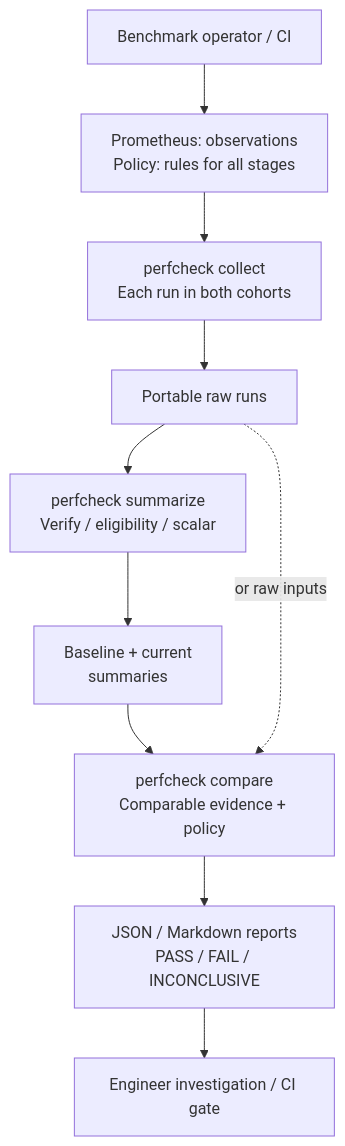
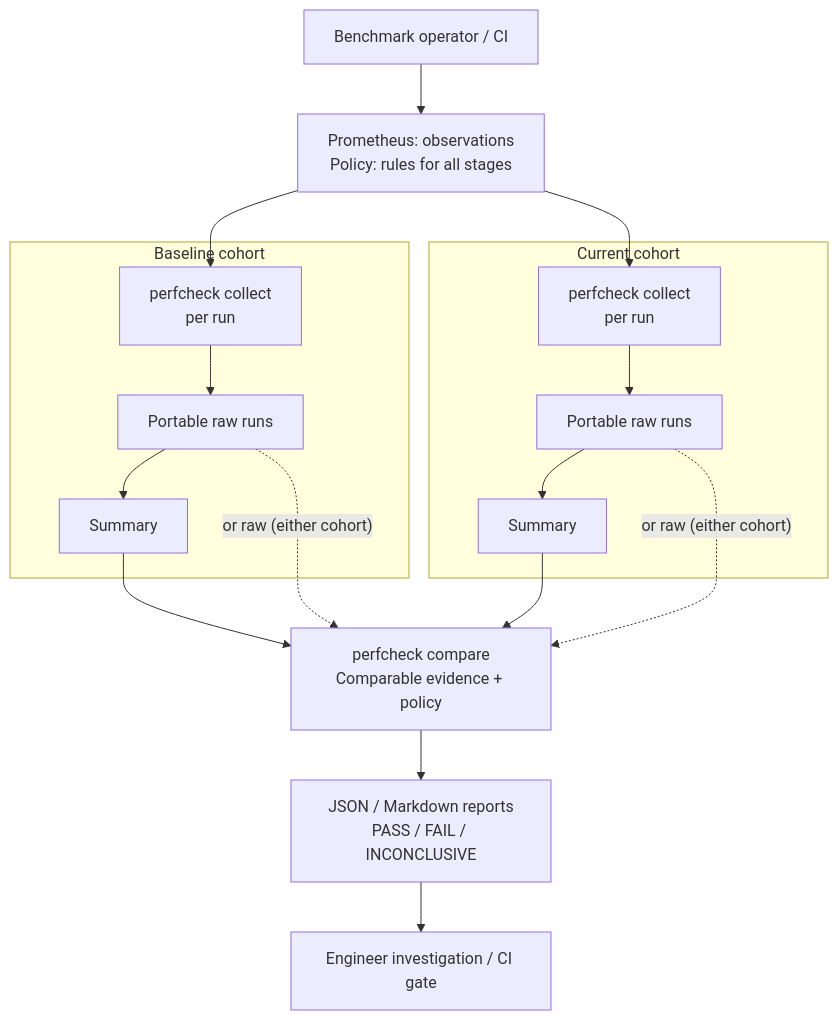
Before and after one commit to geoder101/perfcheck: the diagram in docs/index.rst, drawn with Mermaid. The commit also changed other lines of this file and 4 other files, not shown here.

```diff
--- a/docs/index.rst
+++ b/docs/index.rst
@@ -65,19 +65,31 @@
-   .. mermaid::
-      :alt: Evidence workflow: operator or CI, Prometheus and policy feed perfcheck stages for both cohorts; raw runs or summaries lead to verdict reports for an engineer or CI.
+    .. mermaid::
+       :alt: Evidence workflow: operator or CI feeds Prometheus observations and policy rules for every stage into two parallel cohort pipelines; collect writes raw runs and summarize verifies eligibility and selects per-run scalars, and compare merges the comparable baseline and current summaries into verdict reports, with either cohort's raw runs going directly to compare.
 
-      flowchart TD
-          accTitle: perfcheck evidence workflow
-          accDescr: A benchmark operator or CI starts collection. Prometheus supplies observations and policy configuration supplies rules for all stages. For both baseline and current cohorts, collect writes raw runs and summarize verifies eligibility and selects per-run scalars. Compare accepts summaries or raw runs, performing summarization for raw inputs, and produces JSON and Markdown verdict reports for an engineer or CI.
-          operator["Benchmark operator / CI"]
-          inputs["Prometheus: observations<br/>Policy: rules for all stages"]
-          collect["perfcheck collect<br/>Each run in both cohorts"]
-          raw["Portable raw runs"]
-          summarize["perfcheck summarize<br/>Verify / eligibility / scalar"]
-          summaries["Baseline + current<br/>summaries"]
-          compare["perfcheck compare<br/>Comparable evidence + policy"]
-          reports["JSON / Markdown reports<br/>PASS / FAIL / INCONCLUSIVE"]
-          human["Engineer investigation / CI gate"]
-          operator --> inputs --> collect --> raw
-          raw --> summarize --> summaries --> compare
-          raw -. "or raw inputs" .-> compare
-          compare --> reports --> human
+       flowchart TD
+           accTitle: perfcheck evidence workflow
+           accDescr: A benchmark operator or CI starts collection. Prometheus supplies observations and policy supplies rules for every stage. For both the baseline and current cohorts, collect writes a raw run and summarize verifies eligibility and selects the per-run scalar, producing two parallel summary streams. Compare merges the comparable baseline and current summaries under one policy, and also accepts either cohort's raw runs - performing summarization for those inputs - then produces JSON and Markdown verdict reports for an engineer or CI.
+           operator["Benchmark operator / CI"]
+           inputs["Prometheus: observations<br/>Policy: rules for all stages"]
+           subgraph baseline[Baseline cohort]
+               cb["perfcheck collect<br/>per run"]
+               rb["Portable raw runs"]
+               sb["Summary"]
+           end
+           subgraph current[Current cohort]
+               cc["perfcheck collect<br/>per run"]
+               rc["Portable raw runs"]
+               sc["Summary"]
+           end
+           compare["perfcheck compare<br/>Comparable evidence + policy"]
+           reports["JSON / Markdown reports<br/>PASS / FAIL / INCONCLUSIVE"]
+           human["Engineer investigation / CI gate"]
+           operator --> inputs
+           inputs --> cb
+           inputs --> cc
+           cb --> rb --> sb
+           cc --> rc --> sc
+           sb --> compare
+           sc --> compare
+           rb -. "or raw (either cohort)" .-> compare
+           rc -. "or raw (either cohort)" .-> compare
+           compare --> reports --> human
```
